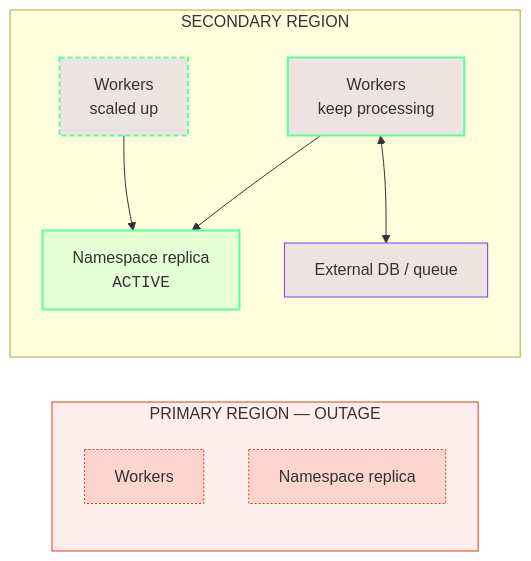
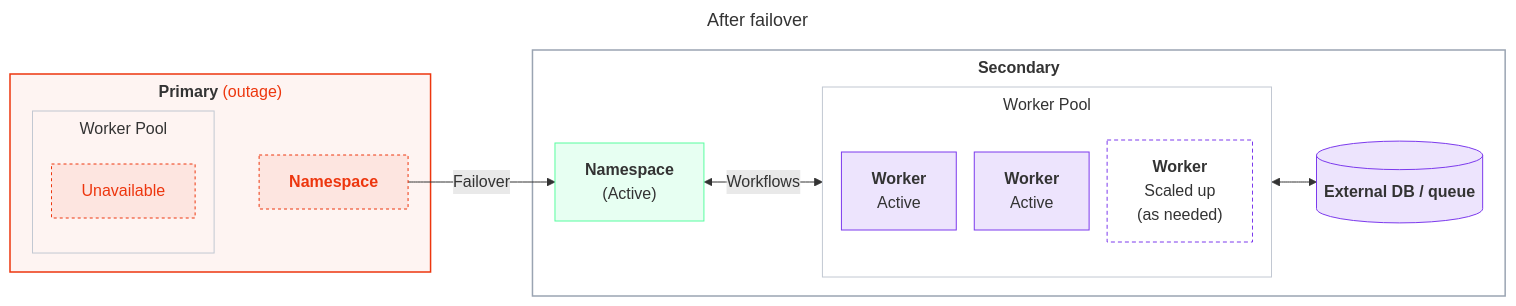
One commit to temporalio/documentation changed diagram 12 of 14 in docs/cloud/high-availability/deployment-patterns.mdx. Above: the diagram before and after it, drawn with Mermaid. The commit also changed other lines of this file and 3 other files, not shown here.

````diff
--- a/docs/cloud/high-availability/deployment-patterns.mdx
+++ b/docs/cloud/high-availability/deployment-patterns.mdx
@@ -300,25 +544,37 @@
 ```mermaid
-%%{init: {'themeVariables':{'fontFamily':'Inter, ui-sans-serif, system-ui, sans-serif'},'flowchart':{'nodeSpacing':45,'rankSpacing':70,'curve':'basis'}}}%%
+---
+title: After failover
+---
+%%{init: {'themeVariables':{'fontFamily':'Inter, ui-sans-serif, system-ui, sans-serif'},'flowchart':{'nodeSpacing':18,'rankSpacing':45,'curve':'basis','subGraphTitleMargin':{'top':6,'bottom':12}}}}%%
 flowchart LR
-  classDef tcloud fill:#59FDA024,stroke:#59FDA0,stroke-width:2px;
-  classDef wactive fill:#7C3AED22,stroke:#59FDA0,stroke-width:2px;
-  classDef wnew fill:#7C3AED22,stroke:#59FDA0,stroke-width:2px,stroke-dasharray:5 3;
-  classDef ext fill:#7C3AED22,stroke:#7C3AED,stroke-width:1px;
-  classDef down fill:#ED360E22,stroke:#ED360E,stroke-width:1px,stroke-dasharray:2 2;
-  subgraph P["PRIMARY REGION — OUTAGE"]
-    direction TB
-    W1["Workers"]:::down
-    R1["Namespace replica"]:::down
-  end
-  subgraph S["SECONDARY REGION"]
-    direction TB
-    W2["Workers<br/>keep processing"]:::wactive
-    W3["Workers<br/>scaled up"]:::wnew
-    DB2["External DB / queue"]:::ext
-    R2["Namespace replica<br/><samp>ACTIVE</samp>"]:::tcloud
-  end
-  W2 --> R2
-  W3 --> R2
-  W2 <--> DB2
-  style P fill:#ED360E14,stroke:#ED360E
+    classDef worker fill:#7C3AED22,stroke:#7C3AED,stroke-width:1px;
+    classDef workerhollow fill:transparent,stroke:#7C3AED,stroke-width:1px,stroke-dasharray:4 3;
+    classDef ns fill:#59FDA024,stroke:#59FDA0,stroke-width:1px;
+    classDef ext fill:#7C3AED22,stroke:#7C3AED,stroke-width:1px;
+    classDef down fill:#ED360E14,stroke:#ED360E,stroke-width:1px,stroke-dasharray:3 3,color:#ED360E;
+    classDef region fill:transparent,stroke:#9aa4b2,stroke-width:1.5px;
+    classDef regiondown fill:#ED360E0D,stroke:#ED360E,stroke-width:1.5px;
+    classDef pool fill:transparent,stroke:#c2c8d2,stroke-width:1px;
+    subgraph DAFPRI["<b>Primary</b> <span style='color:#ED360E'>(outage)</span>"]
+      subgraph DAFWP["Worker Pool"]
+        DAFW1["Unavailable"]:::down
+      end
+      DAFNS["<b>Namespace</b>"]:::down
+      DAFWP ~~~ DAFNS
+    end
+    subgraph DAFSEC["<b>Secondary</b>"]
+      DAFN["<b>Namespace</b><br/>(Active)"]:::ns
+      subgraph DAFSP["Worker Pool"]
+        DAFSW1["<b>Worker</b><br/>Active"]:::worker
+        DAFSW2["<b>Worker</b><br/>Active"]:::worker
+        DAFSW3["<b>Worker</b><br/>Scaled up<br/>(as needed)"]:::workerhollow
+      end
+      DAFDB2[("<b>External DB / queue</b>")]:::ext
+      DAFN <-->|Workflows| DAFSP
+      DAFSP <--> DAFDB2
+    end
+    DAFNS -->|"Failover"| DAFN
+    class DAFPRI regiondown
+    class DAFSEC region
+    class DAFWP,DAFSP pool
 ```
````
